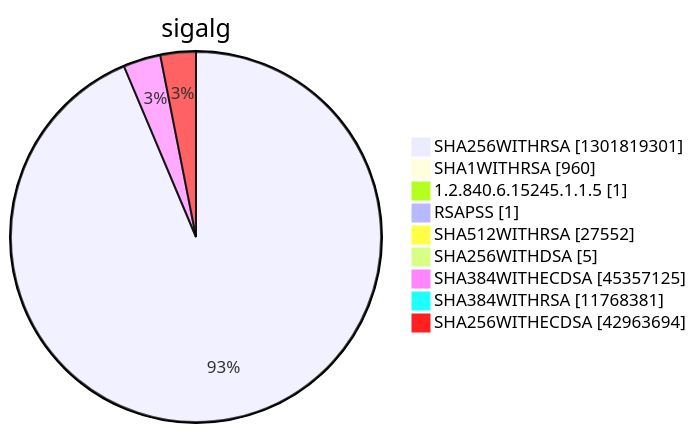
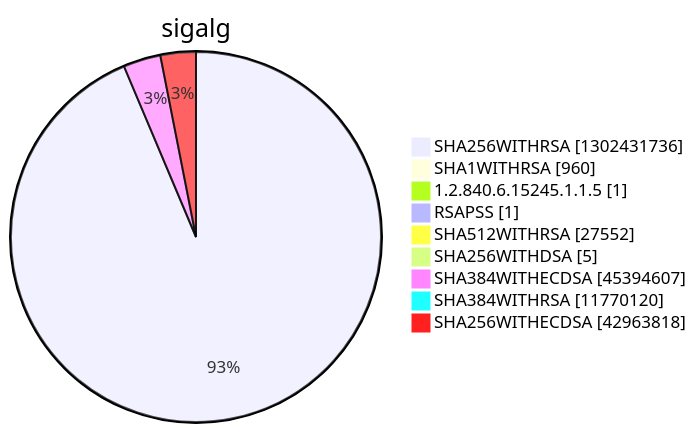
One commit to christiankrug/ctmonitor_visualization changed diagram 15 of 15 in argon2022/README.md. Above: the diagram before and after it, drawn with Mermaid. The commit also changed other lines of this file, not shown here.

````diff
--- a/argon2022/README.md
+++ b/argon2022/README.md
@@ -5523,13 +5523,13 @@
 ```mermaid
 pie showData
 title sigalg
-"SHA256WITHRSA" :1301819301
+"SHA256WITHRSA" :1302431736
 "SHA1WITHRSA" :960
 "1.2.840.6.15245.1.1.5" :1
 "RSAPSS" :1
 "SHA512WITHRSA" :27552
 "SHA256WITHDSA" :5
-"SHA384WITHECDSA" :45357125
-"SHA384WITHRSA" :11768381
-"SHA256WITHECDSA" :42963694
+"SHA384WITHECDSA" :45394607
+"SHA384WITHRSA" :11770120
+"SHA256WITHECDSA" :42963818
 ```
````
